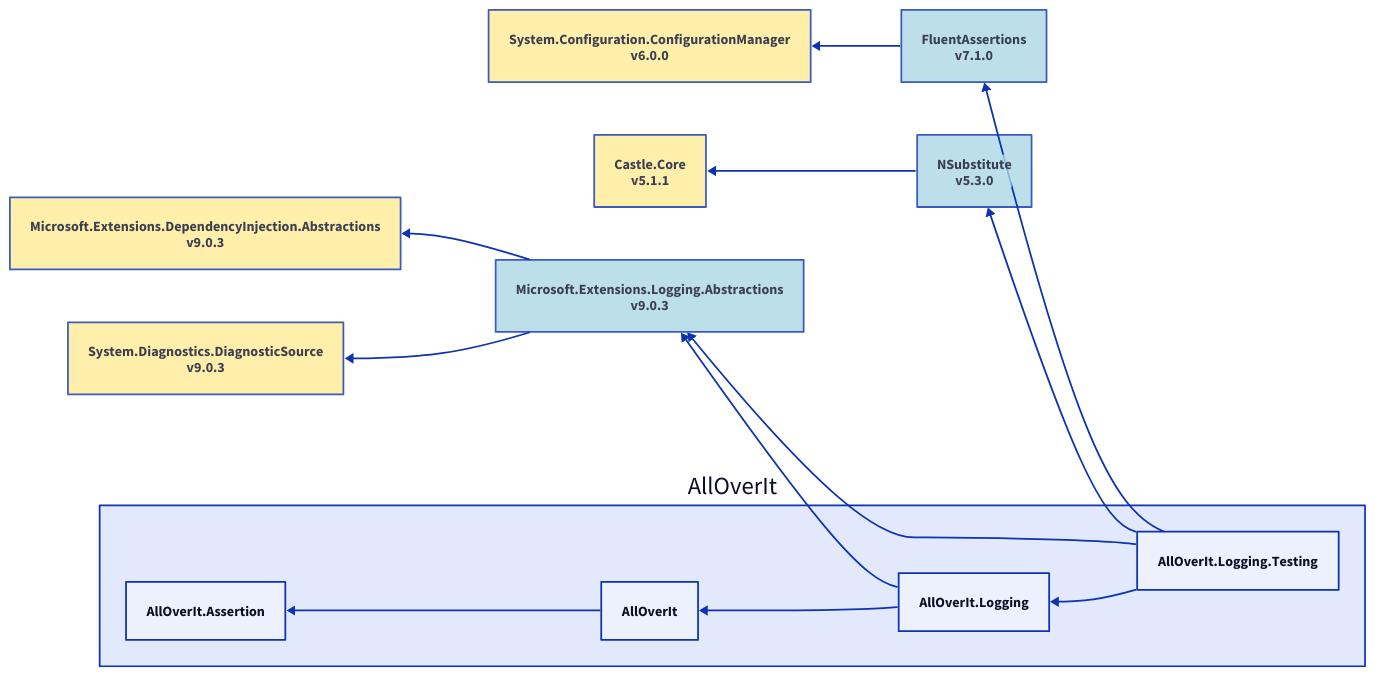
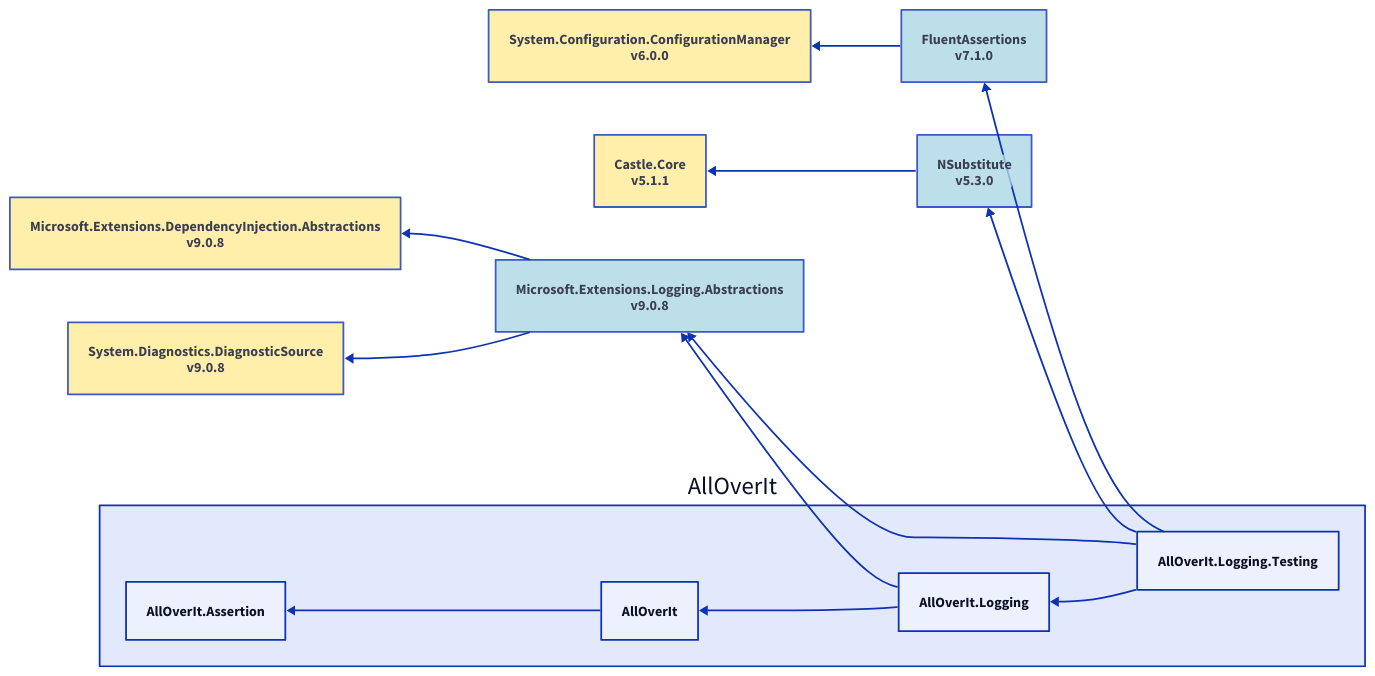
The diagram in Docs/Reference/Content/images/dependencies/net9.0/alloverit-logging-testing.d2 (mjfreelancing/AllOverIt), drawn with D2 before and after one commit. The commit also changed 106 other files, not shown here.

Commit message:
v8.2.1 - Update packages and diagrams (#145)

```diff
--- a/Docs/Reference/Content/images/dependencies/net9.0/alloverit-logging-testing.d2
+++ b/Docs/Reference/Content/images/dependencies/net9.0/alloverit-logging-testing.d2
@@ -1,39 +1,39 @@
 direction: left
 
 aoi: AllOverIt
 aoi.alloverit-logging-testing: AllOverIt.Logging.Testing
 fluentassertions_7-1-0: FluentAssertions\nv7.1.0
 fluentassertions_7-1-0.style.fill: "#ADD8E6"
 fluentassertions_7-1-0.style.opacity: 0.8
 system-configuration-configurationmanager_6-0-0: System.Configuration.ConfigurationManager\nv6.0.0
 system-configuration-configurationmanager_6-0-0.style.fill: "#FFEC96"
 system-configuration-configurationmanager_6-0-0.style.opacity: 0.8
 system-configuration-configurationmanager_6-0-0 <- fluentassertions_7-1-0
 fluentassertions_7-1-0 <- aoi.alloverit-logging-testing
 nsubstitute_5-3-0: NSubstitute\nv5.3.0
 nsubstitute_5-3-0.style.fill: "#ADD8E6"
 nsubstitute_5-3-0.style.opacity: 0.8
 castle-core_5-1-1: Castle.Core\nv5.1.1
 castle-core_5-1-1.style.fill: "#FFEC96"
 castle-core_5-1-1.style.opacity: 0.8
 castle-core_5-1-1 <- nsubstitute_5-3-0
 nsubstitute_5-3-0 <- aoi.alloverit-logging-testing
-microsoft-extensions-logging-abstractions_9-0-3: Microsoft.Extensions.Logging.Abstractions\nv9.0.3
-microsoft-extensions-logging-abstractions_9-0-3.style.fill: "#ADD8E6"
-microsoft-extensions-logging-abstractions_9-0-3.style.opacity: 0.8
-microsoft-extensions-dependencyinjection-abstractions_9-0-3: Microsoft.Extensions.DependencyInjection.Abstractions\nv9.0.3
-microsoft-extensions-dependencyinjection-abstractions_9-0-3.style.fill: "#FFEC96"
-microsoft-extensions-dependencyinjection-abstractions_9-0-3.style.opacity: 0.8
-microsoft-extensions-dependencyinjection-abstractions_9-0-3 <- microsoft-extensions-logging-abstractions_9-0-3
-system-diagnostics-diagnosticsource_9-0-3: System.Diagnostics.DiagnosticSource\nv9.0.3
-system-diagnostics-diagnosticsource_9-0-3.style.fill: "#FFEC96"
-system-diagnostics-diagnosticsource_9-0-3.style.opacity: 0.8
-system-diagnostics-diagnosticsource_9-0-3 <- microsoft-extensions-logging-abstractions_9-0-3
-microsoft-extensions-logging-abstractions_9-0-3 <- aoi.alloverit-logging-testing
+microsoft-extensions-logging-abstractions_9-0-8: Microsoft.Extensions.Logging.Abstractions\nv9.0.8
+microsoft-extensions-logging-abstractions_9-0-8.style.fill: "#ADD8E6"
+microsoft-extensions-logging-abstractions_9-0-8.style.opacity: 0.8
+microsoft-extensions-dependencyinjection-abstractions_9-0-8: Microsoft.Extensions.DependencyInjection.Abstractions\nv9.0.8
+microsoft-extensions-dependencyinjection-abstractions_9-0-8.style.fill: "#FFEC96"
+microsoft-extensions-dependencyinjection-abstractions_9-0-8.style.opacity: 0.8
+microsoft-extensions-dependencyinjection-abstractions_9-0-8 <- microsoft-extensions-logging-abstractions_9-0-8
+system-diagnostics-diagnosticsource_9-0-8: System.Diagnostics.DiagnosticSource\nv9.0.8
+system-diagnostics-diagnosticsource_9-0-8.style.fill: "#FFEC96"
+system-diagnostics-diagnosticsource_9-0-8.style.opacity: 0.8
+system-diagnostics-diagnosticsource_9-0-8 <- microsoft-extensions-logging-abstractions_9-0-8
+microsoft-extensions-logging-abstractions_9-0-8 <- aoi.alloverit-logging-testing
 aoi.alloverit-logging: AllOverIt.Logging
-microsoft-extensions-logging-abstractions_9-0-3 <- aoi.alloverit-logging
+microsoft-extensions-logging-abstractions_9-0-8 <- aoi.alloverit-logging
 aoi.alloverit: AllOverIt
 aoi.alloverit-assertion: AllOverIt.Assertion
 aoi.alloverit-assertion <- aoi.alloverit
 aoi.alloverit <- aoi.alloverit-logging
 aoi.alloverit-logging <- aoi.alloverit-logging-testing
```
